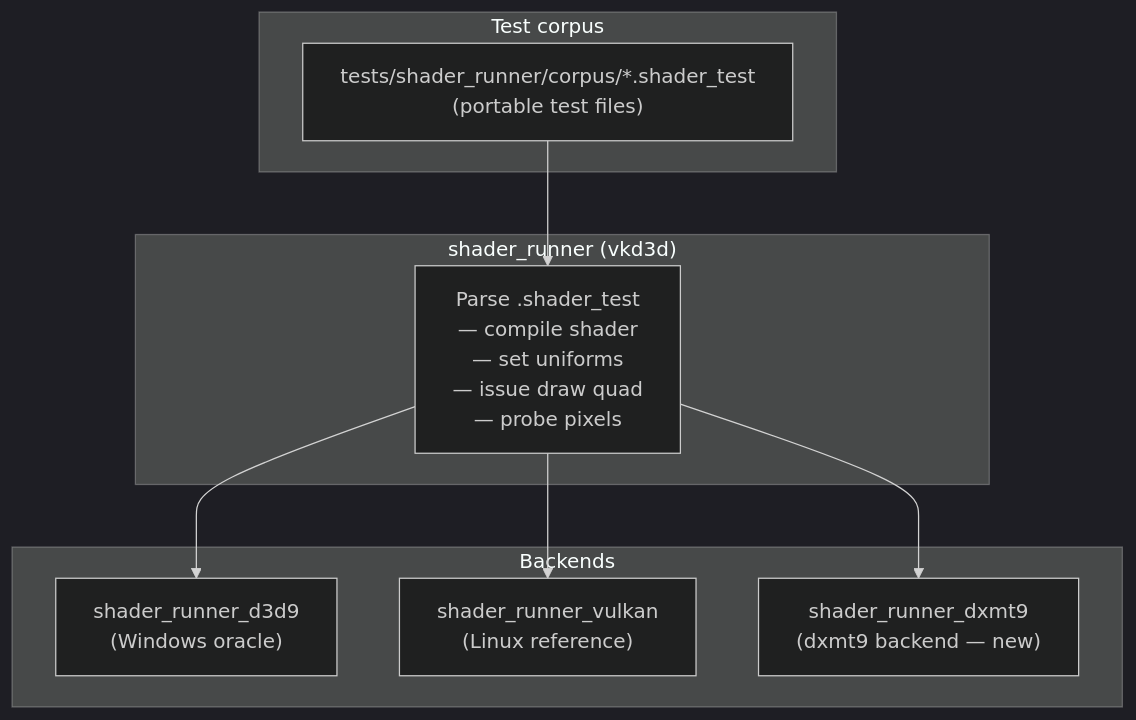
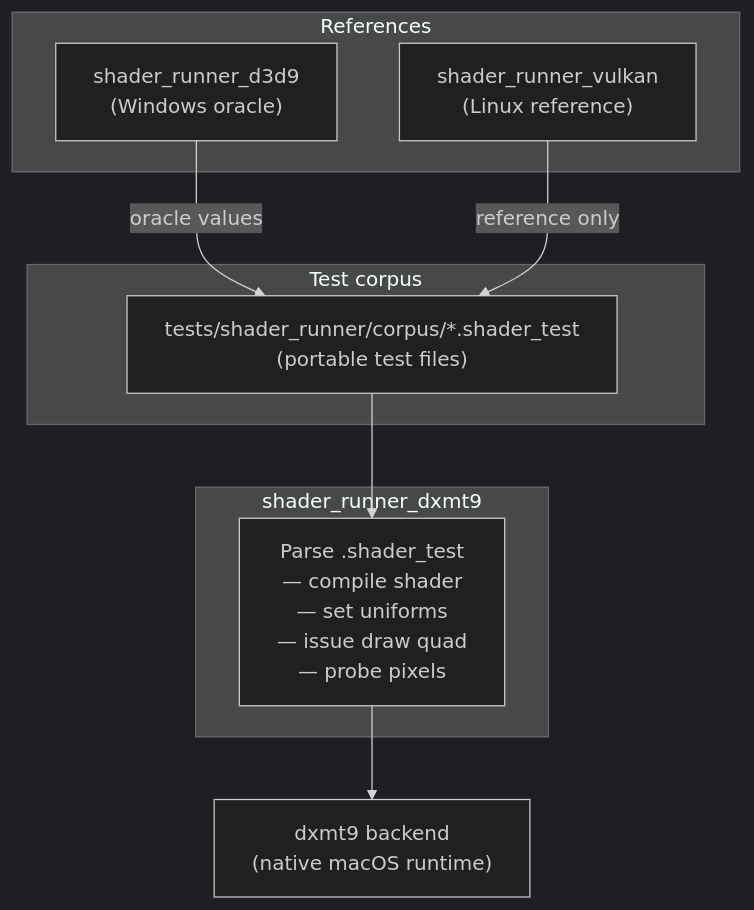
Before and after one commit to dfdgsdfg/dxmt9: the third of 7 diagrams in specs/tests/design.md, drawn with Mermaid (dark theme). The commit also changed other lines of this file and 59 other files, not shown here.

````diff
--- a/specs/tests/design.md
+++ b/specs/tests/design.md
@@ -121,21 +123,22 @@
 ```mermaid
 graph TD
     subgraph Corpus["Test corpus"]
         ST["tests/shader_runner/corpus/*.shader_test\n(portable test files)"]
     end
 
-    subgraph Runner["shader_runner (vkd3d)"]
+    subgraph Runner["shader_runner_dxmt9"]
         PARSE["Parse .shader_test\n— compile shader\n— set uniforms\n— issue draw quad\n— probe pixels"]
     end
 
-    subgraph Backends
+    subgraph References
         D3D9["shader_runner_d3d9\n(Windows oracle)"]
         VK["shader_runner_vulkan\n(Linux reference)"]
-        DXMT9["shader_runner_dxmt9\n(dxmt9 backend — new)"]
     end
 
+    DXMT9["dxmt9 backend\n(native macOS runtime)"]
+
     ST --> PARSE
-    PARSE --> D3D9
-    PARSE --> VK
     PARSE --> DXMT9
+    D3D9 -->|oracle values| ST
+    VK -->|reference only| ST
 ```
````
